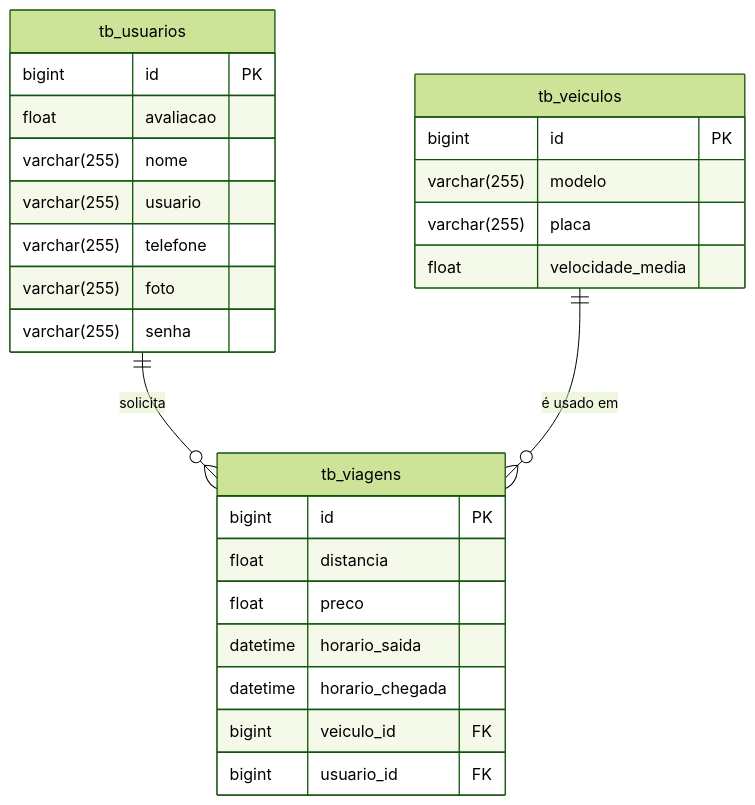
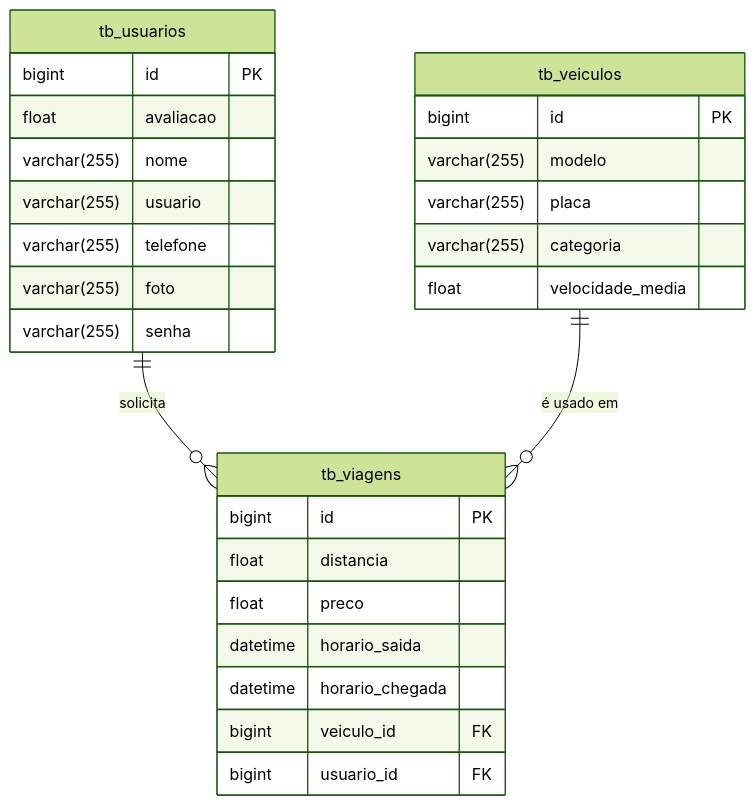
The second of 2 diagrams in README.md (Projetos-Grupo-01/go_lady), drawn with Mermaid (forest theme) before and after one commit. The commit also changed other lines of this file, not shown here.

````diff
--- a/README.md
+++ b/README.md
@@ -118,33 +119,34 @@
 ```mermaid
 erDiagram
 tb_usuarios {
     bigint id PK
     float avaliacao
     varchar(255) nome
     varchar(255) usuario
     varchar(255) telefone
     varchar(255) foto
     varchar(255) senha
 }
 
 tb_veiculos {
     bigint id PK 
     varchar(255) modelo
     varchar(255) placa
+    varchar(255) categoria
     float velocidade_media 
 }
 
 tb_viagens {
     bigint id PK 
     float distancia
     float preco
     datetime horario_saida
     datetime horario_chegada
     bigint veiculo_id FK
     bigint usuario_id FK
 }
 
 tb_usuarios ||--o{ tb_viagens : "solicita"
 tb_veiculos ||--o{ tb_viagens : "é usado em"
 
 ```
````
